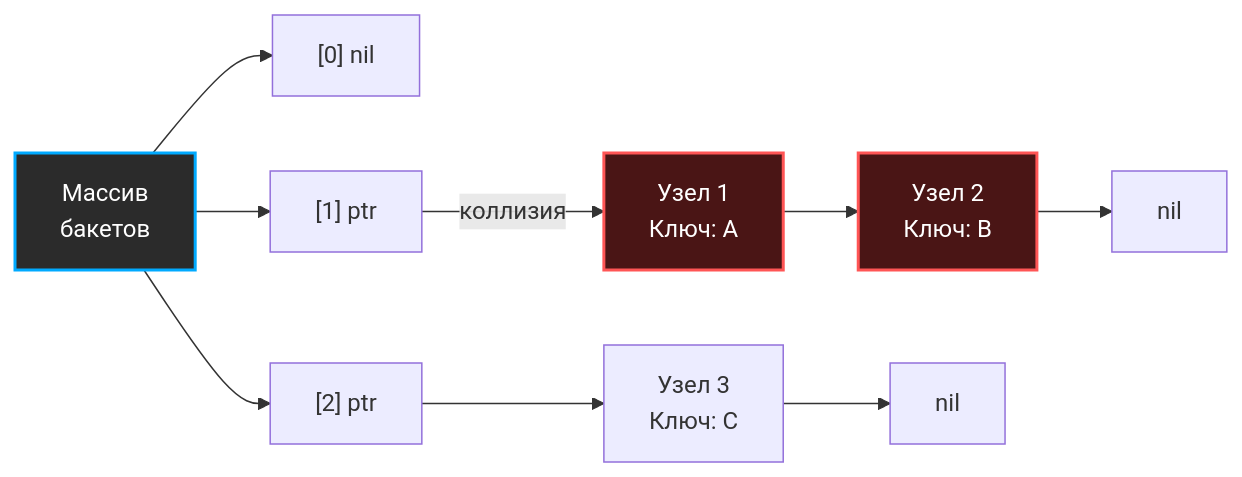
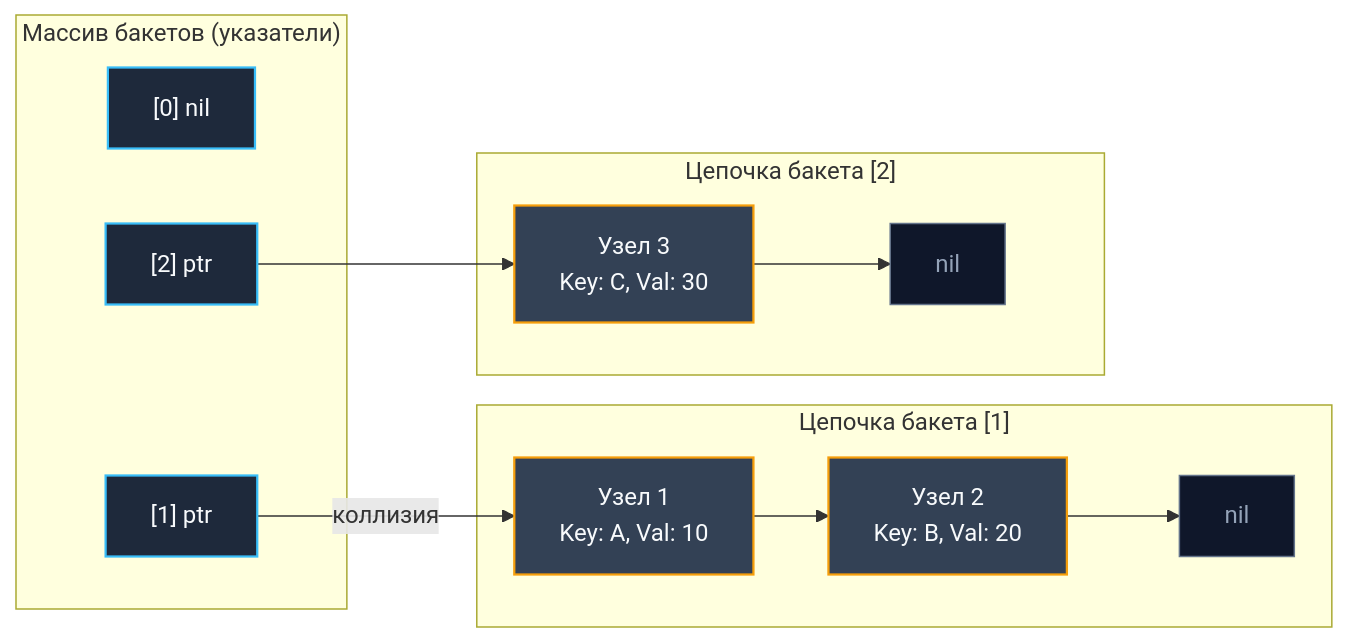
One commit to UnrealTemplier/go-textbook changed the first of 2 diagrams in sources/20. Алгоритмы и структуры данных (DSA) на Go/03. Хеширование/4. Открытая адресация и метод цепочек.md. Above: the diagram before and after it, drawn with Mermaid. The commit also changed other lines of this file, not shown here.

````diff
--- a/sources/20. Алгоритмы и структуры данных (DSA) на Go/03. Хеширование/4. Открытая адресация и метод цепочек.md
+++ b/sources/20. Алгоритмы и структуры данных (DSA) на Go/03. Хеширование/4. Открытая адресация и метод цепочек.md
@@ -10,17 +11,34 @@
 ```mermaid
 flowchart LR
-    A["Массив<br>бакетов"] --> B0["[0] nil"]
-    A --> B1["[1] ptr"]
-    A --> B2["[2] ptr"]
-    
-    B1 -->|коллизия| N1["Узел 1<br>Ключ: A"]
-    N1 --> N2["Узел 2<br>Ключ: B"]
-    N2 --> nil1["nil"]
-    
-    B2 --> N3["Узел 3<br>Ключ: C"]
-    N3 --> nil2["nil"]
-    
-    style A fill:#2b2b2b,stroke:#00aaff,stroke-width:2px,color:#fff
-    style N1 fill:#4a1515,stroke:#ff5555,stroke-width:2px,color:#fff
-    style N2 fill:#4a1515,stroke:#ff5555,stroke-width:2px,color:#fff
+    subgraph Buckets["Массив бакетов (указатели)"]
+        B0["[0] nil"]
+        B1["[1] ptr"]
+        B2["[2] ptr"]
+    end
+
+    subgraph Chain1["Цепочка бакета [1]"]
+        N1["Узел 1<br/>Key: A, Val: 10"]
+        N2["Узел 2<br/>Key: B, Val: 20"]
+        nil1["nil"]
+    end
+
+    subgraph Chain2["Цепочка бакета [2]"]
+        N3["Узел 3<br/>Key: C, Val: 30"]
+        nil2["nil"]
+    end
+
+    B1 -->|"коллизия"| N1
+    N1 --> N2
+    N2 --> nil1
+
+    B2 --> N3
+    N3 --> nil2
+
+    classDef bucket fill:#1e293b,stroke:#38bdf8,stroke-width:1.5px,color:#f8fafc;
+    classDef node fill:#334155,stroke:#f59e0b,stroke-width:1.5px,color:#f8fafc;
+    classDef nilNode fill:#0f172a,stroke:#64748b,stroke-width:1px,color:#94a3b8;
+
+    class B0,B1,B2 bucket;
+    class N1,N2,N3 node;
+    class nil1,nil2 nilNode;
 ```
````
